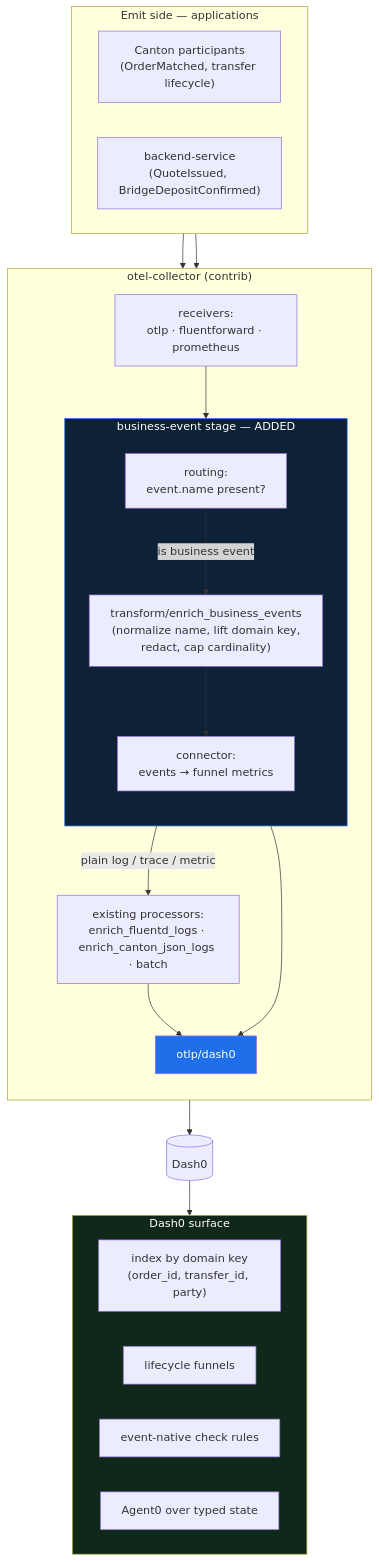
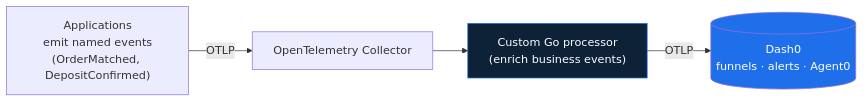
The first of 3 diagrams in observability/dash0/business-events-implementation.md (vzahanych/handbook-infra), drawn with Mermaid before and after one commit. The commit also changed other lines of this file, not shown here.

````diff
--- a/observability/dash0/business-events-implementation.md
+++ b/observability/dash0/business-events-implementation.md
@@ -25,43 +26,14 @@
 ```mermaid
-flowchart TB
-  subgraph EMIT["Emit side — applications"]
-    direction LR
-    CANTON["Canton participants<br/>(OrderMatched, transfer lifecycle)"]
-    APP["backend-service<br/>(QuoteIssued, BridgeDepositConfirmed)"]
-  end
+flowchart LR
+  APP["Applications<br/>emit named events<br/>(OrderMatched, DepositConfirmed)"]
+  COL["OpenTelemetry Collector"]
+  ENR["Custom Go processor<br/>(enrich business events)"]
+  DASH0[("Dash0<br/>funnels · alerts · Agent0")]
 
-  subgraph COL["otel-collector (contrib)"]
-    direction TB
-    RECV["receivers:<br/>otlp · fluentforward · prometheus"]
-    subgraph BEP["business-event stage — ADDED"]
-      direction TB
-      ROUTE["routing:<br/>event.name present?"]
-      ENR["transform/enrich_business_events<br/>(normalize name, lift domain key,<br/>redact, cap cardinality)"]
-      CONN["connector:<br/>events → funnel metrics"]
-    end
-    OTHER["existing processors:<br/>enrich_fluentd_logs · enrich_canton_json_logs · batch"]
-    DE["otlp/dash0"]
-  end
+  APP -->|OTLP| COL
+  COL --> ENR
+  ENR -->|OTLP| DASH0
 
-  DASH0[("Dash0")]
-
-  CANTON --> RECV
-  APP --> RECV
-  RECV --> ROUTE
-  ROUTE -->|"is business event"| ENR --> CONN --> DE
-  ROUTE -->|"plain log / trace / metric"| OTHER --> DE
-  DE --> DASH0
-
-  subgraph PLANE["Dash0 surface"]
-    direction LR
-    IDX["index by domain key<br/>(order_id, transfer_id, party)"]
-    FUN["lifecycle funnels"]
-    CHK["event-native check rules"]
-    A0["Agent0 over typed state"]
-  end
-  DASH0 --> PLANE
-
-  style BEP fill:#0d2137,color:#fff,stroke:#1f6feb
-  style DE fill:#1f6feb,color:#fff
-  style PLANE fill:#10281a,color:#fff
+  style ENR fill:#0d2137,color:#fff,stroke:#1f6feb
+  style DASH0 fill:#1f6feb,color:#fff
 ```
````
